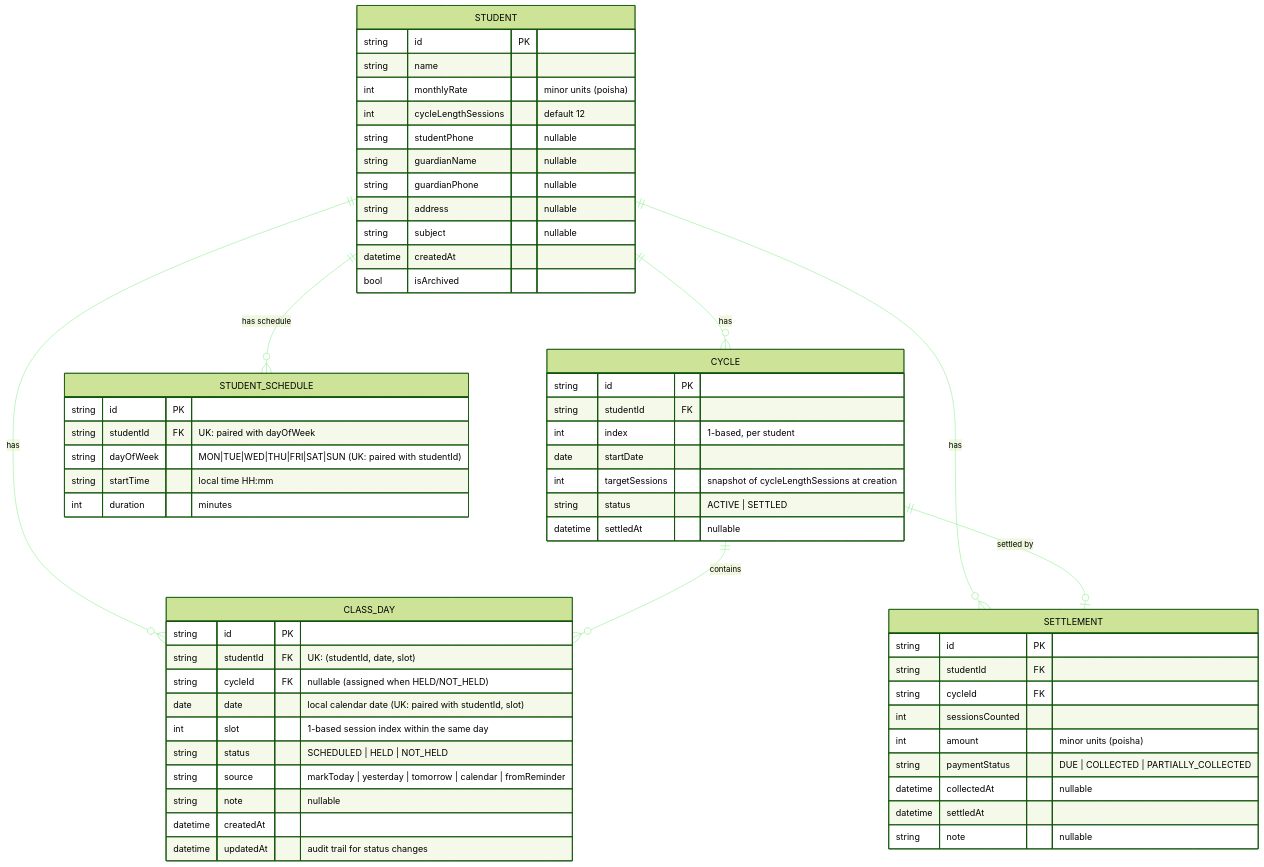
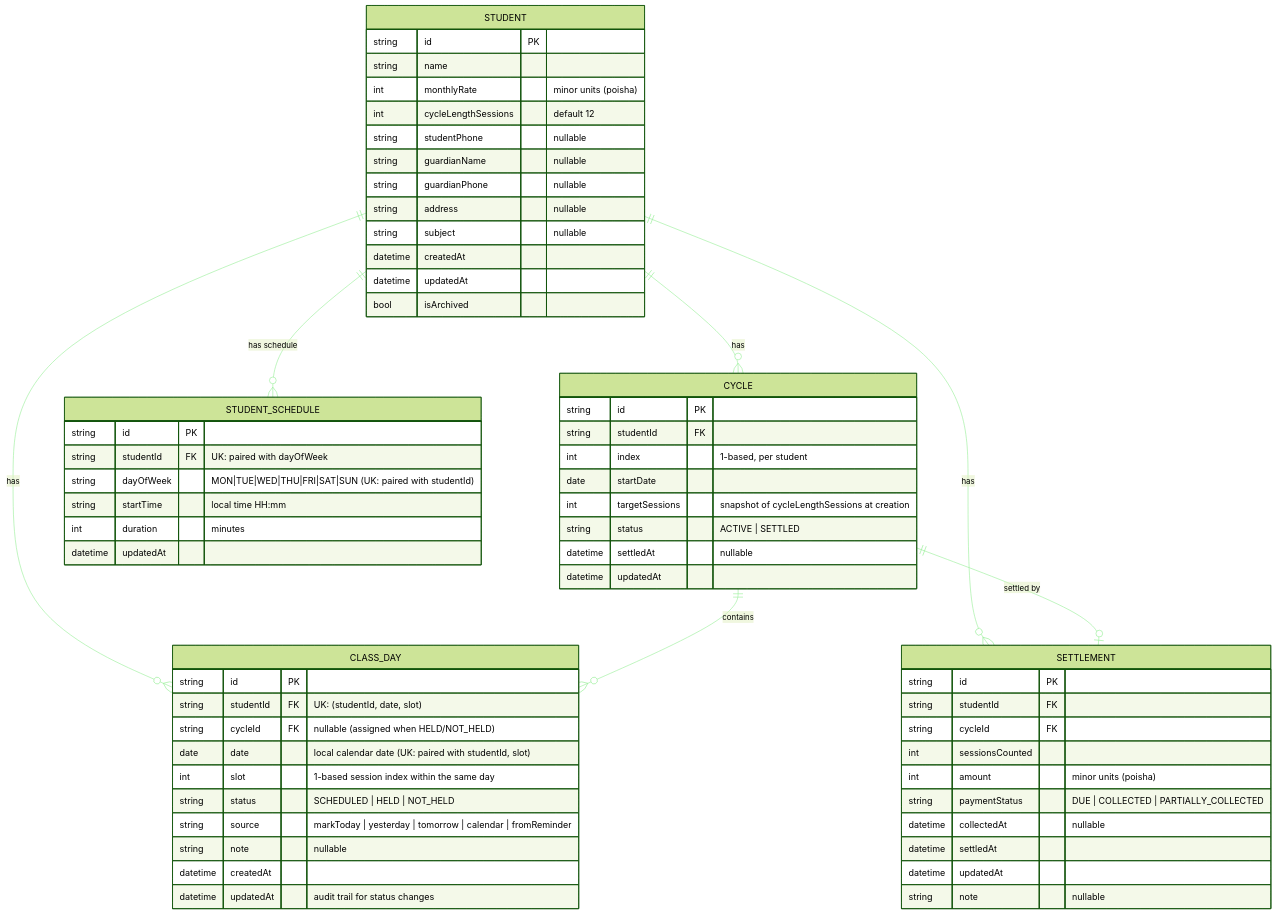
Before and after one commit to kernelvectortech/tuition-lord-docs: the diagram in database/erd.md, drawn with Mermaid. The commit also changed 1 other file, not shown here.

Commit message:
added updated_at attr in every table to enable caching

````diff
--- a/database/erd.md
+++ b/database/erd.md
@@ -1,73 +1,77 @@
 ```mermaid
 ---
 config:
   theme: forest
   look: classic
   themeVariables:
     lineColor: "#90EE90"
 ---
 erDiagram
 	STUDENT {
 		string id PK ""  
 		string name  ""  
 		int monthlyRate  "minor units (poisha)"  
 		int cycleLengthSessions  "default 12"  
 		string studentPhone  "nullable"
 		string guardianName  "nullable"
 		string guardianPhone  "nullable" 
 		string address  "nullable"
 		string subject  "nullable" 
 		datetime createdAt  ""  
+		datetime updatedAt  ""  
 		bool isArchived  ""  
 	}
 
 	CYCLE {
 		string id PK ""  
 		string studentId FK ""  
 		int index  "1-based, per student"  
 		date startDate  ""  
 		int targetSessions  "snapshot of cycleLengthSessions at creation"  
 		string status  "ACTIVE | SETTLED"  
 		datetime settledAt  "nullable"  
+		datetime updatedAt  ""  
 	}
 
 	CLASS_DAY {
 		string id PK ""
 		string studentId FK "UK: (studentId, date, slot)"
 		string cycleId FK "nullable (assigned when HELD/NOT_HELD)"
 		date date  "local calendar date (UK: paired with studentId, slot)"
 		int slot  "1-based session index within the same day"
 		string status  "SCHEDULED | HELD | NOT_HELD"
 		string source  "markToday | yesterday | tomorrow | calendar | fromReminder"
 		string note  "nullable"
 		datetime createdAt  ""
 		datetime updatedAt  "audit trail for status changes"
 	}
 
 	STUDENT_SCHEDULE {
 		string id PK ""
 		string studentId FK "UK: paired with dayOfWeek"
 		string dayOfWeek  "MON|TUE|WED|THU|FRI|SAT|SUN (UK: paired with studentId)"
 		string startTime  "local time HH:mm"
 		int duration  "minutes"
+		datetime updatedAt  ""
 	}
 
 	SETTLEMENT {
 		string id PK ""  
 		string studentId FK ""  
 		string cycleId FK ""  
 		int sessionsCounted  ""  
 		int amount  "minor units (poisha)"  
 		string paymentStatus  "DUE | COLLECTED | PARTIALLY_COLLECTED"  
 		datetime collectedAt  "nullable"  
 		datetime settledAt  ""  
+		datetime updatedAt  ""  
 		string note  "nullable"  
 	}
 
 	STUDENT ||--o{ CYCLE : "has"
 	STUDENT ||--o{ CLASS_DAY : "has"
 	STUDENT ||--o{ SETTLEMENT : "has"
 	STUDENT ||--o{ STUDENT_SCHEDULE : "has schedule"
 	CYCLE ||--o{ CLASS_DAY : "contains"
 	CYCLE ||--o| SETTLEMENT : "settled by"
 ```
````
